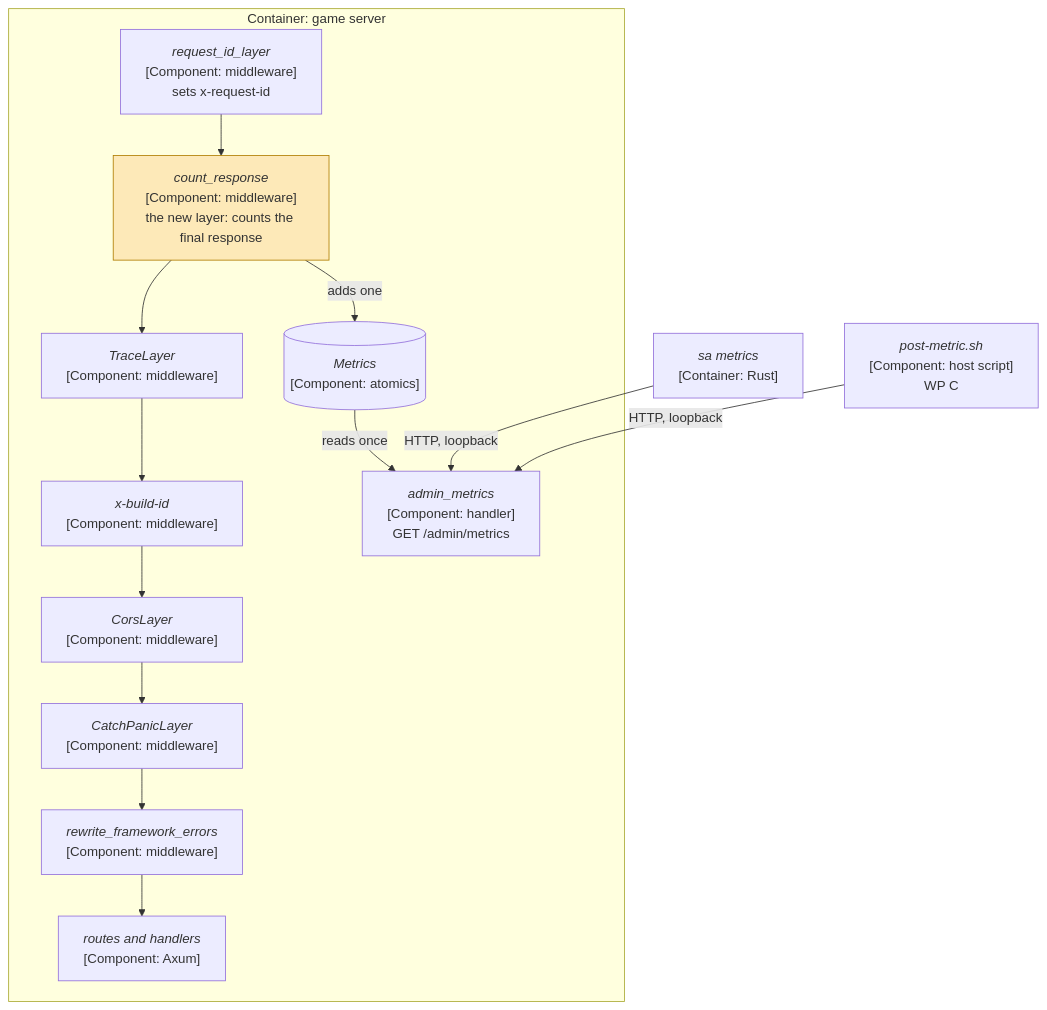
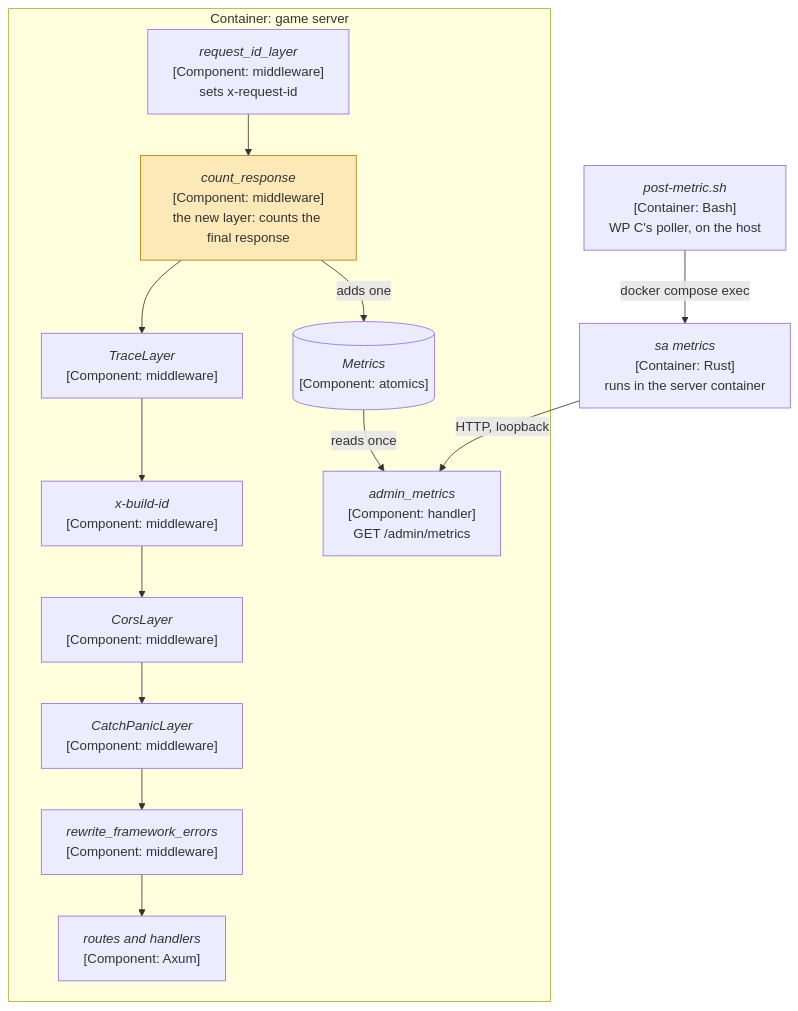
The diagram in applications/tile-lite-elite/3.1.7-changes/workstreams/operations/402-server-error-handling/402-counters.md (delphside/programme), drawn with Mermaid before and after one commit. The commit also changed other lines of this file and 1 other file, not shown here.

````diff
--- a/applications/tile-lite-elite/3.1.7-changes/workstreams/operations/402-server-error-handling/402-counters.md
+++ b/applications/tile-lite-elite/3.1.7-changes/workstreams/operations/402-server-error-handling/402-counters.md
@@ -177,23 +187,23 @@
 ```mermaid
 flowchart TB
     subgraph Server["Container: game server"]
         RID["<i>request_id_layer</i><br>[Component: middleware]<br>sets x-request-id"]
         CNT["<i>count_response</i><br>[Component: middleware]<br>the new layer: counts the final response"]
         TRC["<i>TraceLayer</i><br>[Component: middleware]"]
         BID["<i>x-build-id</i><br>[Component: middleware]"]
         COR["<i>CorsLayer</i><br>[Component: middleware]"]
         PAN["<i>CatchPanicLayer</i><br>[Component: middleware]"]
         RWR["<i>rewrite_framework_errors</i><br>[Component: middleware]"]
         RTE["<i>routes and handlers</i><br>[Component: Axum]"]
         MET[("<i>Metrics</i><br>[Component: atomics]")]
         ADM["<i>admin_metrics</i><br>[Component: handler]<br>GET /admin/metrics"]
     end
-    CLI["<i>sa metrics</i><br>[Container: Rust]"]
-    POL["<i>post-metric.sh</i><br>[Component: host script]<br>WP C"]
+    CLI["<i>sa metrics</i><br>[Container: Rust]<br>runs in the server container"]
+    POL["<i>post-metric.sh</i><br>[Container: Bash]<br>WP C's poller, on the host"]
     RID --> CNT --> TRC --> BID --> COR --> PAN --> RWR --> RTE
     CNT -- "adds one" --> MET
     MET -- "reads once" --> ADM
     CLI -- "HTTP, loopback" --> ADM
-    POL -- "HTTP, loopback" --> ADM
+    POL -- "docker compose exec" --> CLI
     style CNT fill:#fde9b8,stroke:#b07d00
 ```
````
